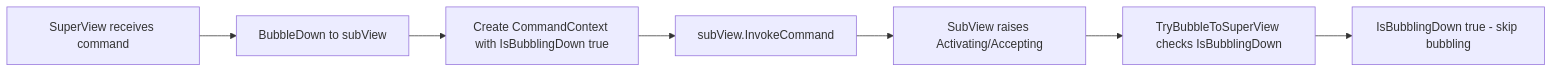
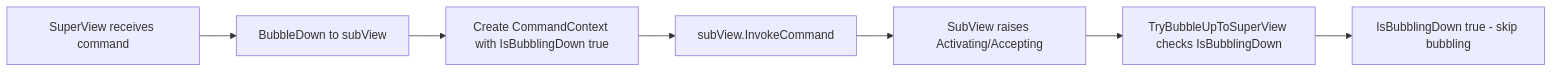
One commit to gui-cs/Terminal.Gui changed the third of 4 diagrams in docfx/docs/command.md. Above: the diagram before and after it, drawn with Mermaid. The commit also changed other lines of this file and 4 other files, not shown here.

````diff
--- a/docfx/docs/command.md
+++ b/docfx/docs/command.md
@@ -261,9 +260,9 @@
 ```mermaid
 flowchart LR
     super[SuperView receives command] --> bubble_down[BubbleDown to subView]
     bubble_down --> new_ctx[Create CommandContext with IsBubblingDown true]
     new_ctx --> invoke[subView.InvokeCommand]
     invoke --> raise[SubView raises Activating/Accepting]
-    raise --> try_bubble[TryBubbleToSuperView checks IsBubblingDown]
+    raise --> try_bubble[TryBubbleUpToSuperView checks IsBubblingDown]
     try_bubble --> skip[IsBubblingDown true - skip bubbling]
 ```
````
